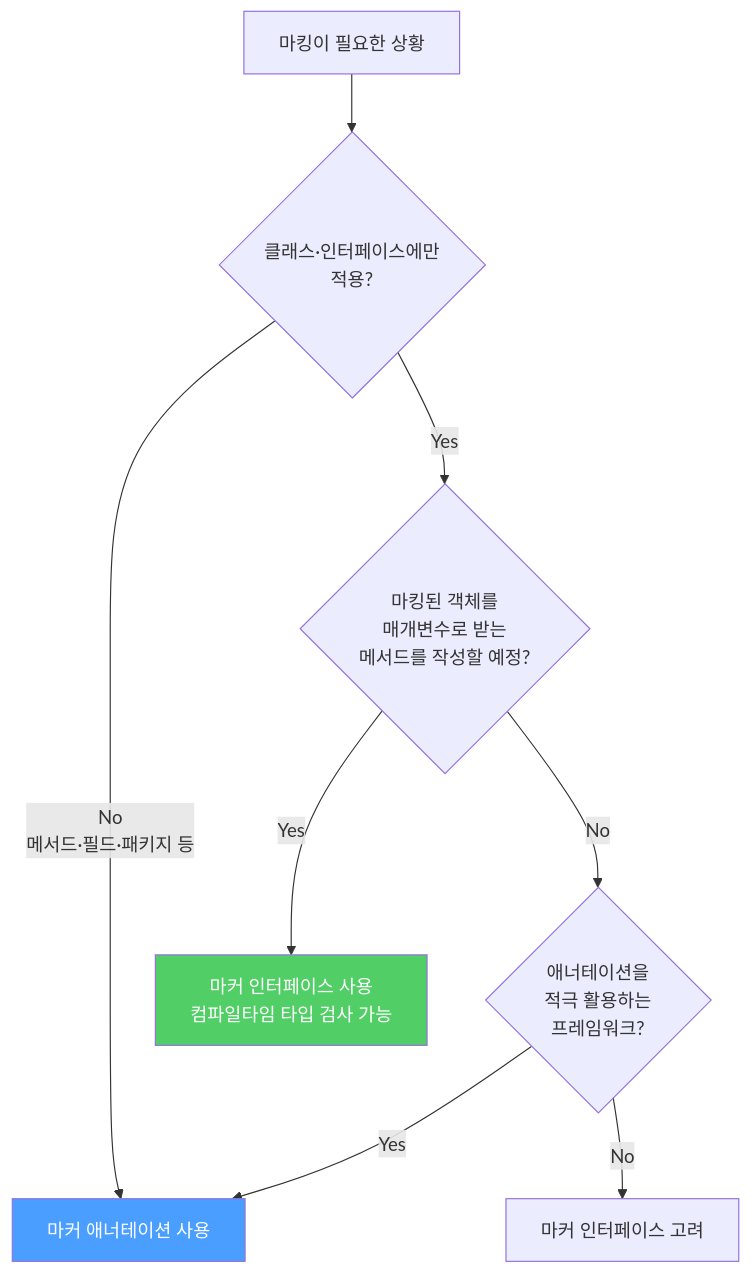
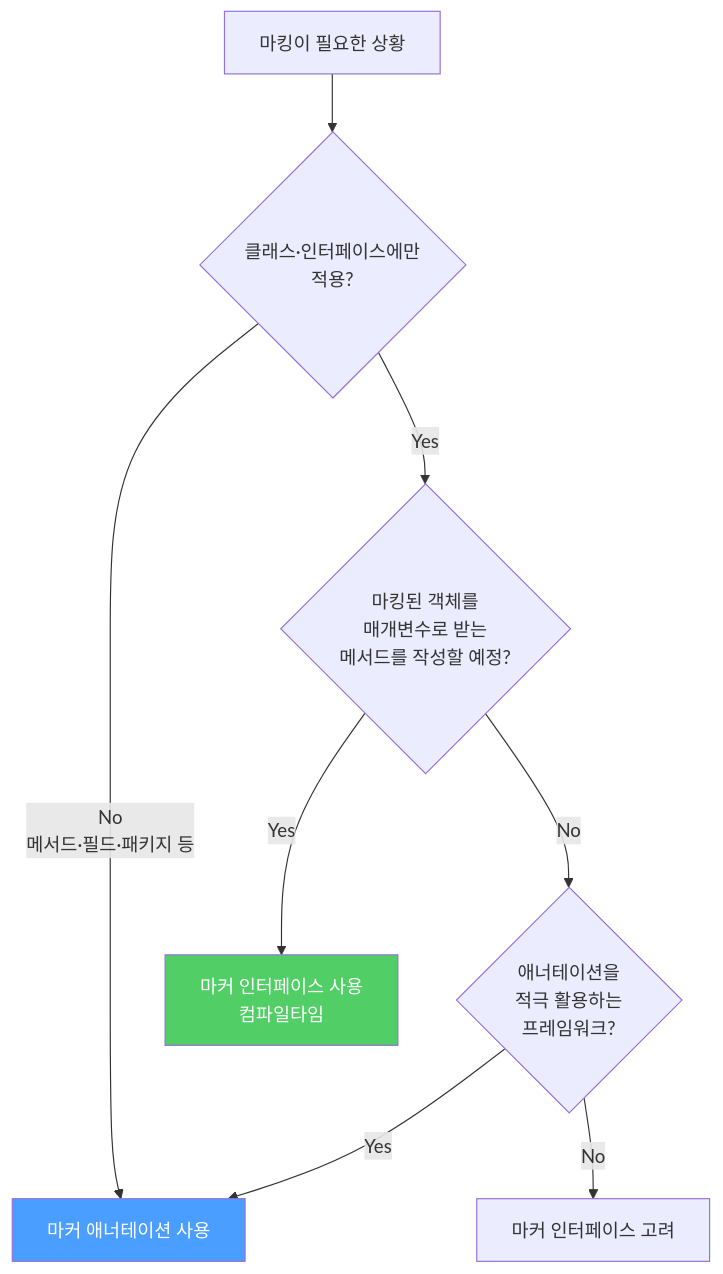
One commit to yjkim2015/yjkim2015.github.io changed the second of 2 diagrams in _posts/java/2022-01-17-effective-java41.md. Above: the diagram before and after it, drawn with Mermaid. The commit also changed other lines of this file and 271 other files, not shown here.

First line of the commit message:
Mermaid 라벨 축소: 긴 노드 텍스트 18자 이하로 트림 + \n 제거

````diff
--- a/_posts/java/2022-01-17-effective-java41.md
+++ b/_posts/java/2022-01-17-effective-java41.md
@@ -84,12 +84,12 @@
 ```mermaid
 graph TD
     A["마킹이 필요한 상황"] --> B{"클래스·인터페이스에만\n적용?"}
     B -->|"No\n메서드·필드·패키지 등"| C["마커 애너테이션 사용"]
     B -->|"Yes"| D{"마킹된 객체를\n매개변수로 받는\n메서드를 작성할 예정?"}
-    D -->|"Yes"| E["마커 인터페이스 사용\n컴파일타임 타입 검사 가능"]
+    D -->|"Yes"| E["마커 인터페이스 사용\n컴파일타임"]
     D -->|"No"| F{"애너테이션을\n적극 활용하는\n프레임워크?"}
     F -->|"Yes"| C
     F -->|"No"| G["마커 인터페이스 고려"]
     style E fill:#51cf66,color:#fff
     style C fill:#4a9eff,color:#fff
 ```
````
